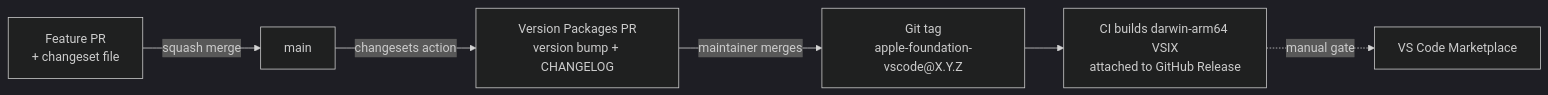
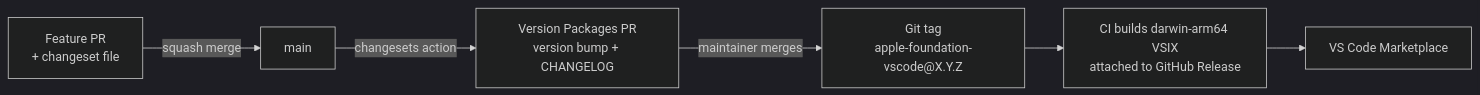
Before and after one commit to AwaleSagar/apple-foundation-vscode: the diagram in docs/release-process.md, drawn with Mermaid (dark theme). The commit also changed other lines of this file and 1 other file, not shown here.

First line of the commit message:
ci(release): publish the notarized VSIX to the Marketplace

````diff
--- a/docs/release-process.md
+++ b/docs/release-process.md
@@ -8,8 +8,8 @@
 ```mermaid
 flowchart LR
     PR[Feature PR\n+ changeset file] -->|squash merge| Main[main]
     Main -->|changesets action| VP[Version Packages PR\nversion bump + CHANGELOG]
     VP -->|maintainer merges| Tag[Git tag\napple-foundation-vscode@X.Y.Z]
     Tag --> VSIX[CI builds darwin-arm64 VSIX\nattached to GitHub Release]
-    VSIX -.manual gate.-> MP[VS Code Marketplace]
+    VSIX --> MP[VS Code Marketplace]
 ```
````
